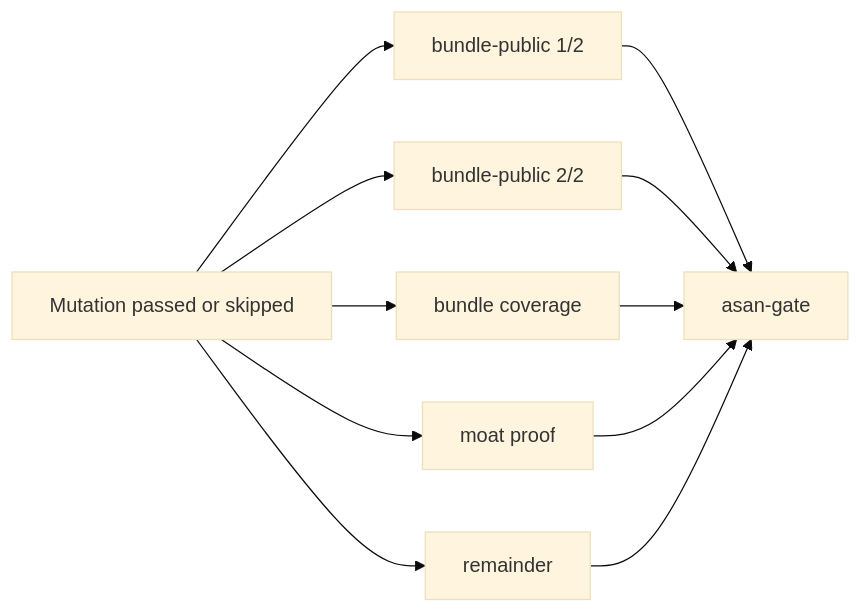
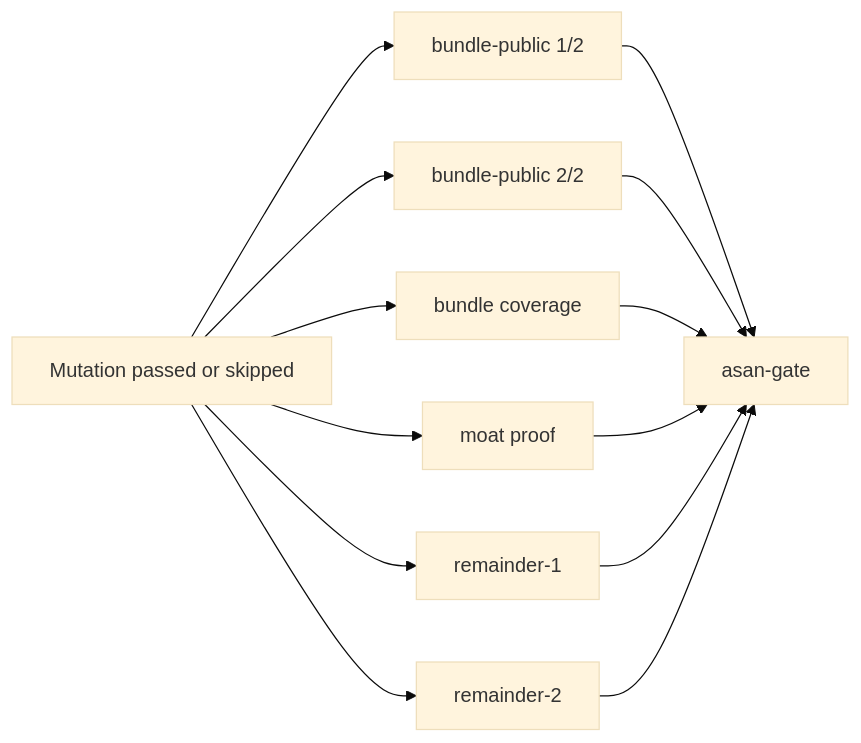
The tenth of 14 diagrams in CONTRIBUTING.md (arceushui/pigloros), drawn with Mermaid (base theme) before and after one commit. The commit also changed other lines of this file and 4 other files, not shown here.

````diff
--- a/CONTRIBUTING.md
+++ b/CONTRIBUTING.md
@@ -277,13 +277,15 @@
 ```mermaid
 flowchart LR
     M["Mutation passed or skipped"] --> P1["bundle-public 1/2"]
     M --> P2["bundle-public 2/2"]
     M --> C["bundle coverage"]
     M --> O["moat proof"]
-    M --> R["remainder"]
+    M --> R1["remainder-1"]
+    M --> R2["remainder-2"]
     P1 --> G["asan-gate"]
     P2 --> G
     C --> G
     O --> G
-    R --> G
+    R1 --> G
+    R2 --> G
 ```
````
